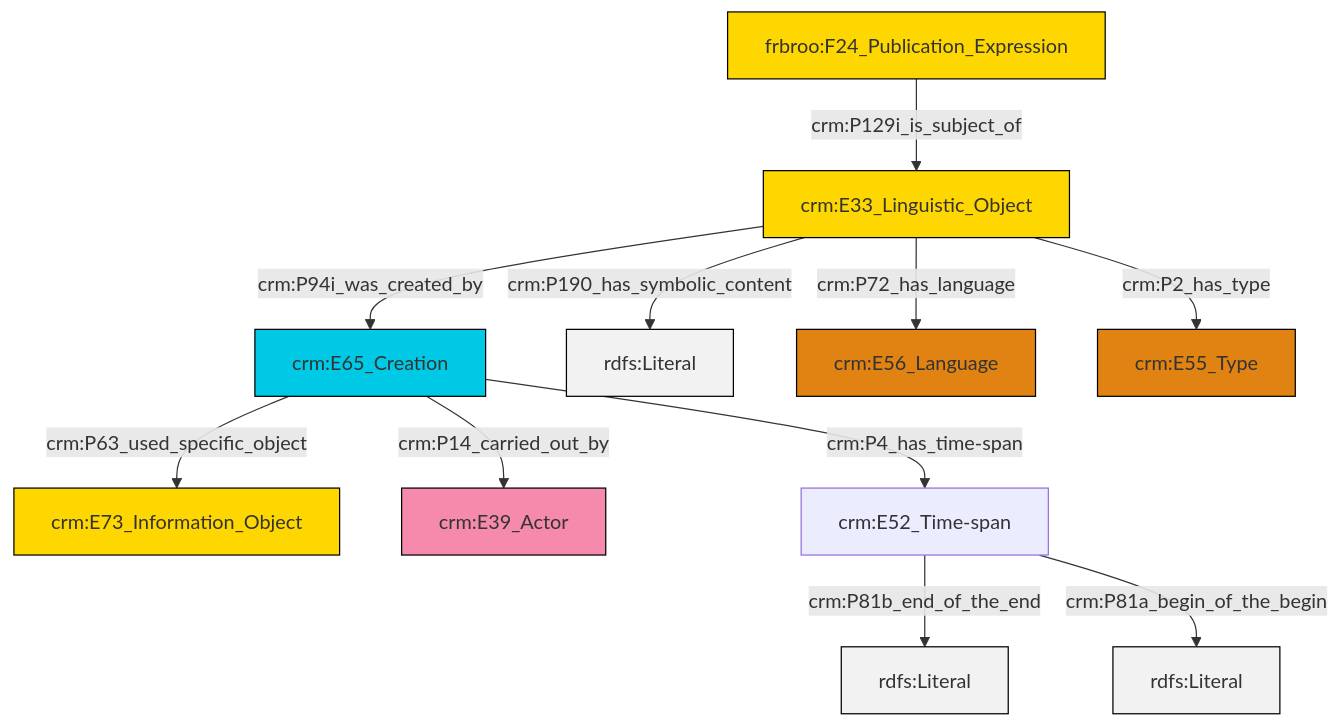
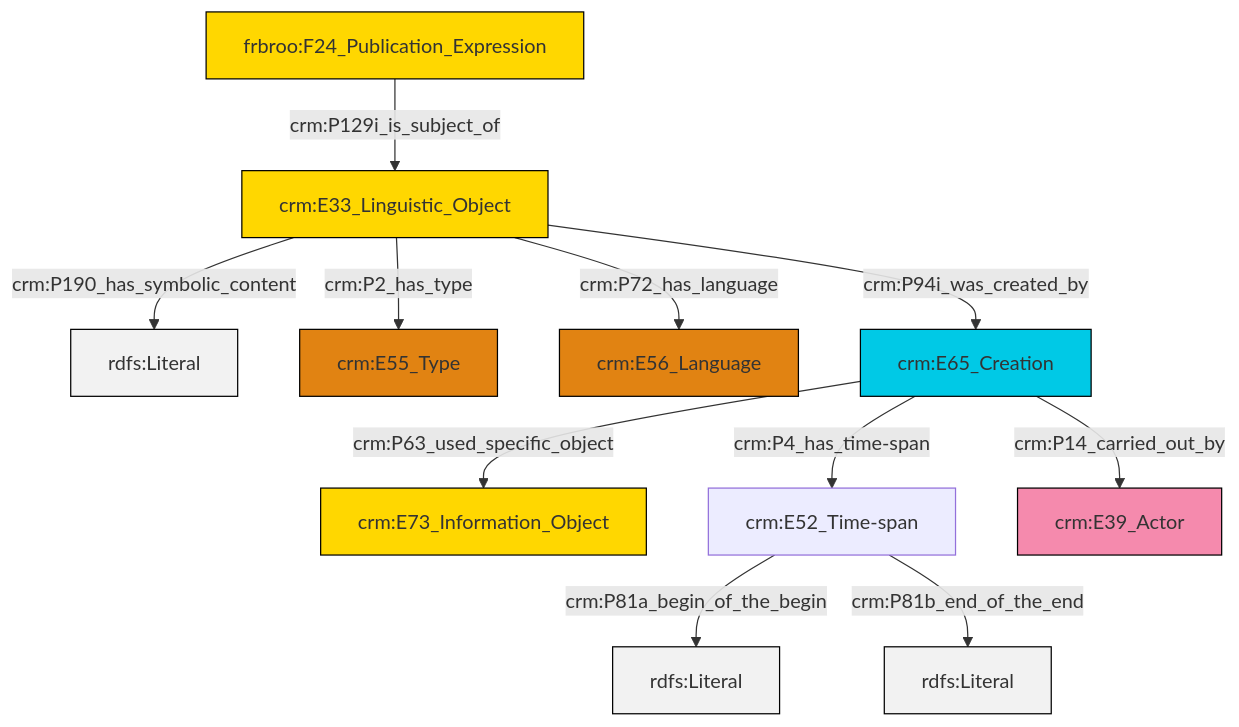
Before and after one commit to ncarboni/srdm: the diagram in et/biblioCSV/ttl/mmd/biblio_description.ttl.mmd, drawn with Mermaid. The commit also changed 367 other files, not shown here.

```diff
--- a/et/biblioCSV/ttl/mmd/biblio_description.ttl.mmd
+++ b/et/biblioCSV/ttl/mmd/biblio_description.ttl.mmd
@@ -1,25 +1,25 @@
 graph TD
 classDef Literal fill:#f2f2f2,stroke:#000000;
 classDef CRM_Entity fill:#FFFFFF,stroke:#000000;
 classDef Temporal_Entity fill:#00C9E6, stroke:#000000;
 classDef Type fill:#E18312, stroke:#000000;
 classDef Time-Span fill:#2C9C91, stroke:#000000;
 classDef Appellation fill:#FFEB7F, stroke:#000000;
 classDef Place fill:#008836, stroke:#000000;
 classDef Persistent_Item fill:#B266B2, stroke:#000000;
 classDef Conceptual_Object fill:#FFD700, stroke:#000000;
 classDef Physical_Thing fill:#D2B48C, stroke:#000000;
 classDef Actor fill:#f58aad, stroke:#000000;
 classDef PC_Classes fill:#4ce600, stroke:#000000;
 classDef Multi fill:#cccccc,stroke:#000000;
 
-2["crm:E65_Creation"]:::Temporal_Entity -->|crm:P63_used_specific_object| 0["crm:E73_Information_Object"]:::Conceptual_Object
-5["crm:E33_Linguistic_Object"]:::Conceptual_Object -->|crm:P190_has_symbolic_content| 6[rdfs:Literal]:::Literal
-2["crm:E65_Creation"]:::Temporal_Entity -->|crm:P4_has_time-span| 7["crm:E52_Time-span"]:::Default
-5["crm:E33_Linguistic_Object"]:::Conceptual_Object -->|crm:P72_has_language| 8["crm:E56_Language"]:::Type
-2["crm:E65_Creation"]:::Temporal_Entity -->|crm:P14_carried_out_by| 3["crm:E39_Actor"]:::Actor
-7["crm:E52_Time-span"]:::Default -->|crm:P81b_end_of_the_end| 14[rdfs:Literal]:::Literal
-7["crm:E52_Time-span"]:::Default -->|crm:P81a_begin_of_the_begin| 15[rdfs:Literal]:::Literal
-5["crm:E33_Linguistic_Object"]:::Conceptual_Object -->|crm:P2_has_type| 9["crm:E55_Type"]:::Type
-16["frbroo:F24_Publication_Expression"]:::Conceptual_Object -->|crm:P129i_is_subject_of| 5["crm:E33_Linguistic_Object"]:::Conceptual_Object
-5["crm:E33_Linguistic_Object"]:::Conceptual_Object -->|crm:P94i_was_created_by| 2["crm:E65_Creation"]:::Temporal_Entity
+2["crm:E52_Time-span"]:::Default -->|crm:P81a_begin_of_the_begin| 3[rdfs:Literal]:::Literal
+6["frbroo:F24_Publication_Expression"]:::Conceptual_Object -->|crm:P129i_is_subject_of| 4["crm:E33_Linguistic_Object"]:::Conceptual_Object
+4["crm:E33_Linguistic_Object"]:::Conceptual_Object -->|crm:P190_has_symbolic_content| 8[rdfs:Literal]:::Literal
+4["crm:E33_Linguistic_Object"]:::Conceptual_Object -->|crm:P72_has_language| 11["crm:E56_Language"]:::Type
+12["crm:E65_Creation"]:::Temporal_Entity -->|crm:P63_used_specific_object| 0["crm:E73_Information_Object"]:::Conceptual_Object
+2["crm:E52_Time-span"]:::Default -->|crm:P81b_end_of_the_end| 16[rdfs:Literal]:::Literal
+12["crm:E65_Creation"]:::Temporal_Entity -->|crm:P4_has_time-span| 2["crm:E52_Time-span"]:::Default
+4["crm:E33_Linguistic_Object"]:::Conceptual_Object -->|crm:P94i_was_created_by| 12["crm:E65_Creation"]:::Temporal_Entity
+12["crm:E65_Creation"]:::Temporal_Entity -->|crm:P14_carried_out_by| 14["crm:E39_Actor"]:::Actor
+4["crm:E33_Linguistic_Object"]:::Conceptual_Object -->|crm:P2_has_type| 9["crm:E55_Type"]:::Type
```
